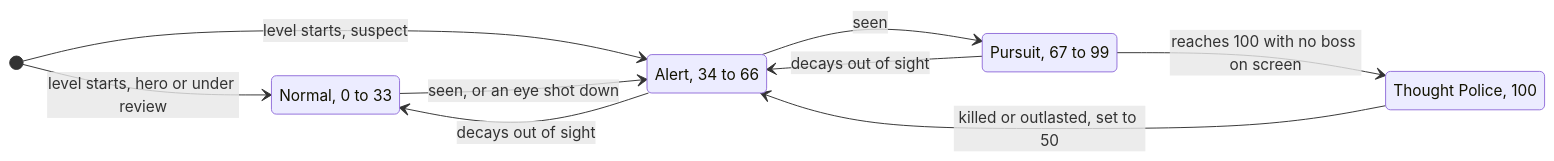
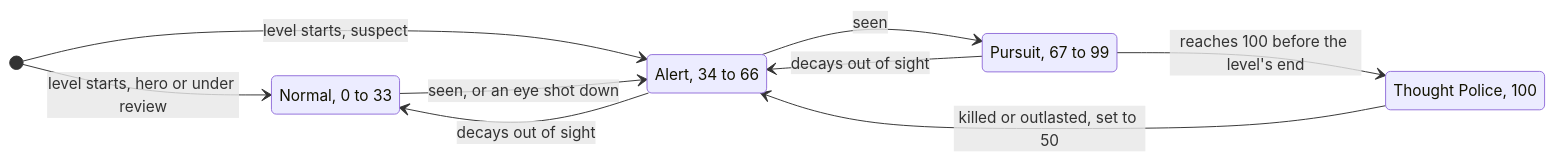
One commit to CarlosSandoval-03/Newspeak-1984 changed the first of 4 diagrams in docs/gameplay.md. Above: the diagram before and after it, drawn with Mermaid. The commit also changed other lines of this file and 11 other files, not shown here.

Commit message:
feat: end every level with its boss before the landing

````diff
--- a/docs/gameplay.md
+++ b/docs/gameplay.md
@@ -30,16 +30,16 @@
 ```mermaid
 stateDiagram-v2
     direction LR
     Normal: Normal, 0 to 33
     Alert: Alert, 34 to 66
     Pursuit: Pursuit, 67 to 99
     Police: Thought Police, 100
     [*] --> Normal: level starts, hero or under review
     [*] --> Alert: level starts, suspect
     Normal --> Alert: seen, or an eye shot down
     Alert --> Pursuit: seen
-    Pursuit --> Police: reaches 100 with no boss on screen
+    Pursuit --> Police: reaches 100 before the level's end
     Police --> Alert: killed or outlasted, set to 50
     Pursuit --> Alert: decays out of sight
     Alert --> Normal: decays out of sight
 ```
````
